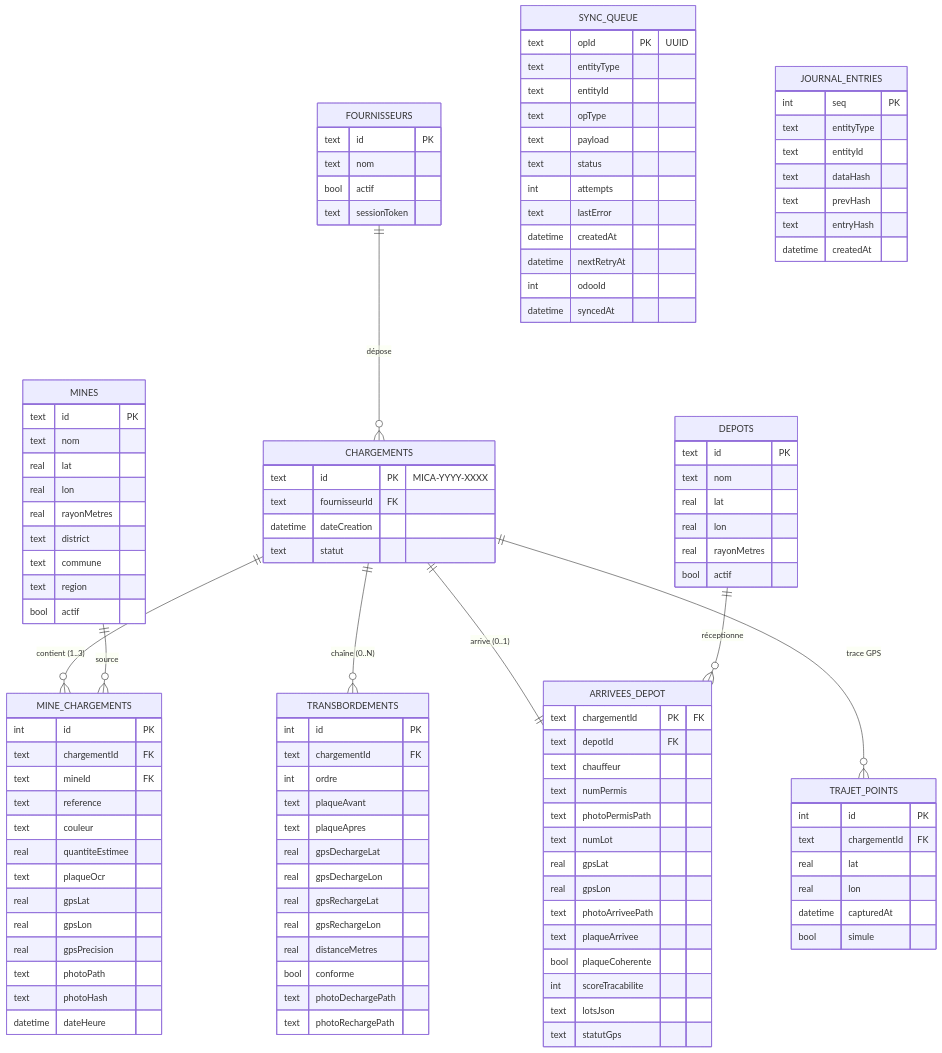
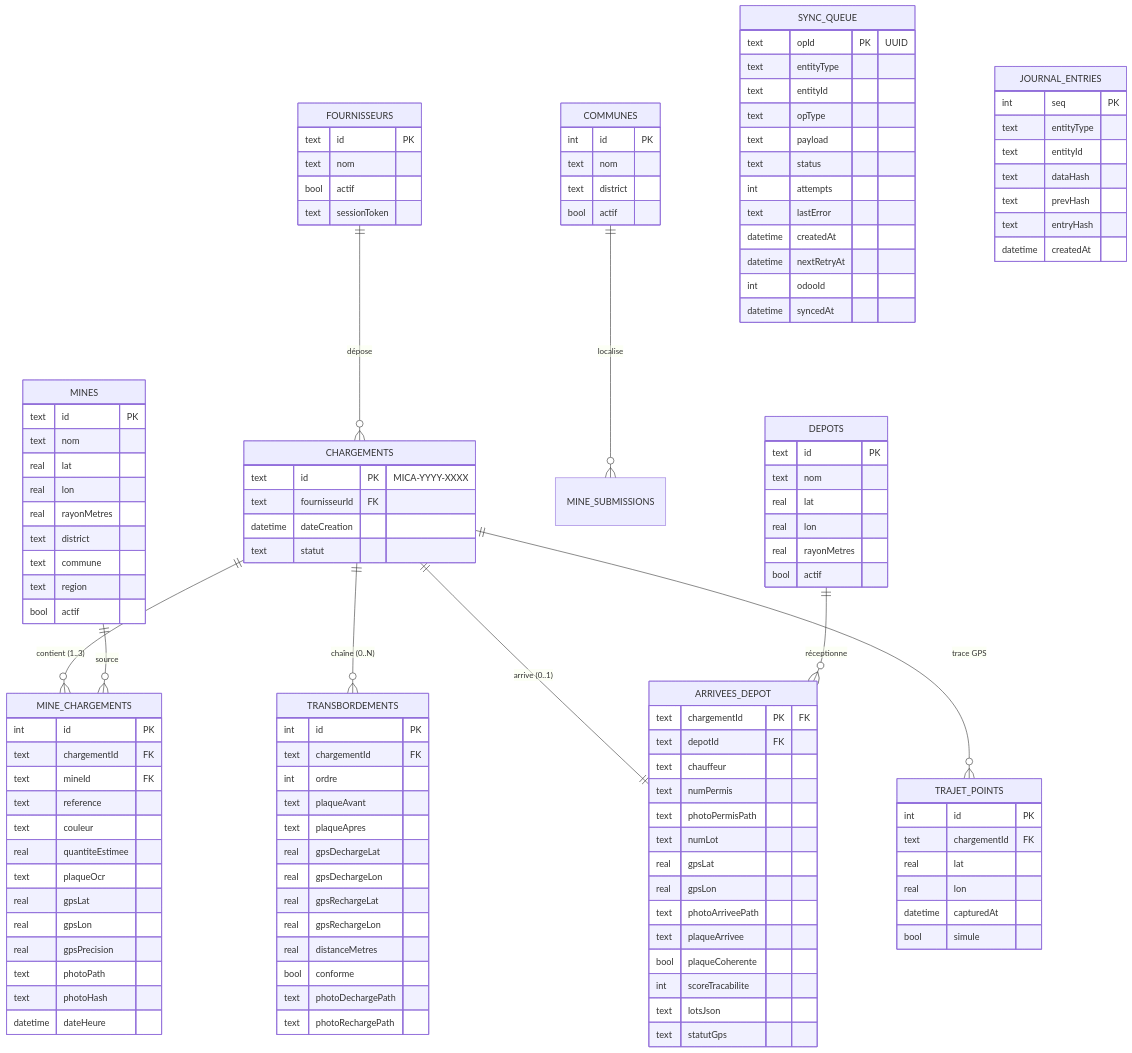
Before and after one commit to tsiresymila1/mica-fleet: the diagram in docs/database.md, drawn with Mermaid. The commit also changed other lines of this file and 42 other files, not shown here.

Commit message:
feat: implement commune selection for mine submissions with associated local caching and testing

```diff
--- a/docs/database.md
+++ b/docs/database.md
@@ -11,6 +11,7 @@
     FOURNISSEURS ||--o{ CHARGEMENTS : "dépose"
     CHARGEMENTS  ||--o{ MINE_CHARGEMENTS : "contient (1..3)"
     MINES        ||--o{ MINE_CHARGEMENTS : "source"
+    COMMUNES     ||--o{ MINE_SUBMISSIONS : "localise"
     CHARGEMENTS  ||--o{ TRANSBORDEMENTS : "chaîne (0..N)"
     CHARGEMENTS  ||--|| ARRIVEES_DEPOT : "arrive (0..1)"
     DEPOTS       ||--o{ ARRIVEES_DEPOT : "réceptionne"
@@ -31,6 +32,12 @@
         text district
         text commune
         text region
+        bool actif
+    }
+    COMMUNES {
+        int id PK
+        text nom
+        text district
         bool actif
     }
     DEPOTS {
```
